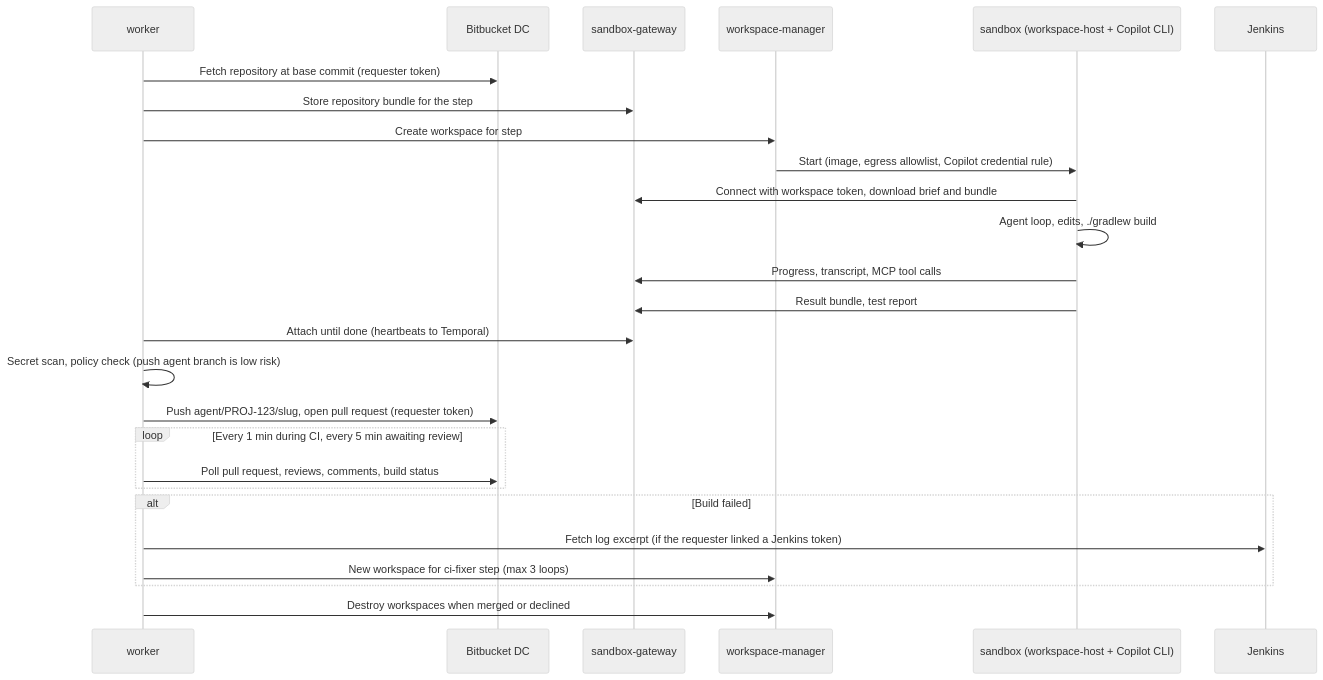
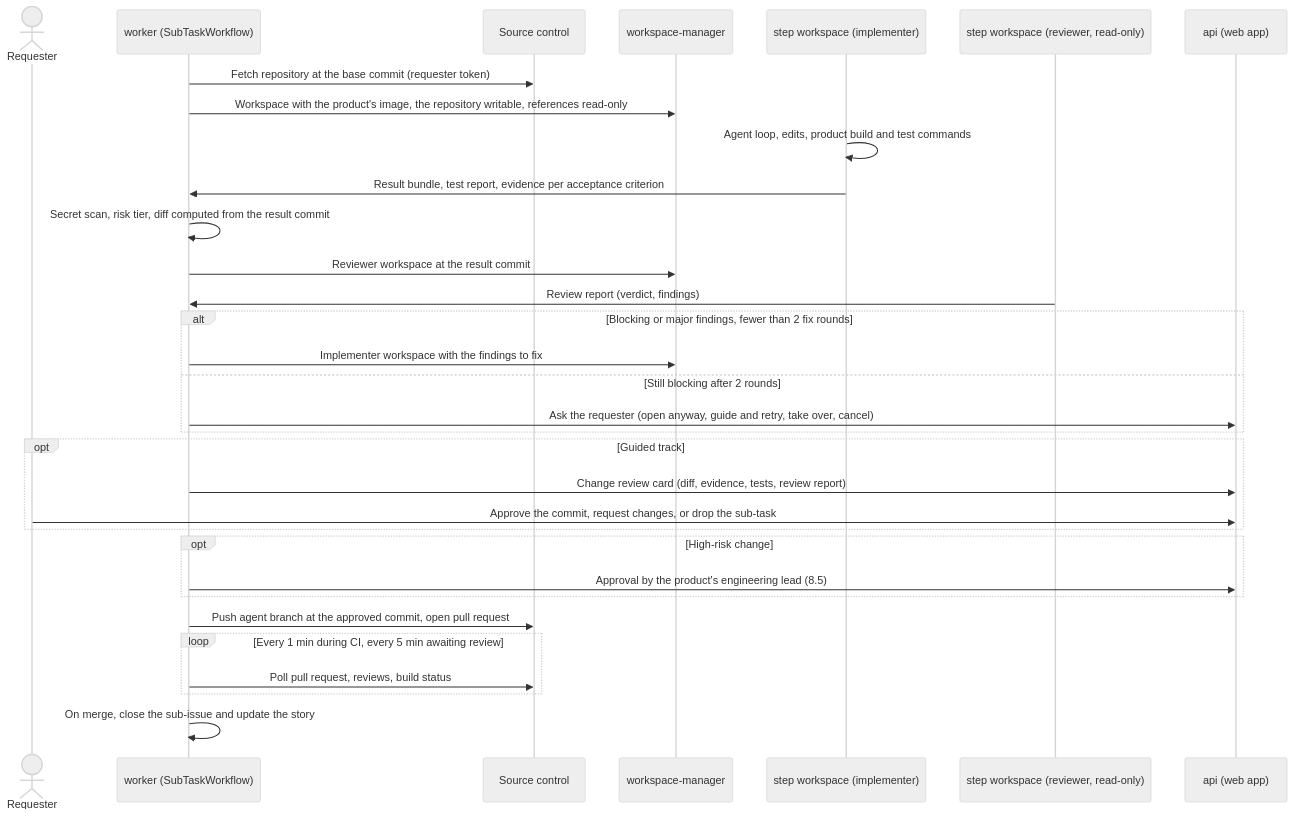
Before and after one commit to luigi-lt/orchestrator: the fifth of 9 diagrams in docs/architecture.md, drawn with Mermaid (neutral theme). The commit also changed other lines of this file and 2 other files, not shown here.

First line of the commit message:
Architecture v2.0: design for iteration 2

````diff
--- a/docs/architecture.md
+++ b/docs/architecture.md
@@ -412,28 +556,34 @@
 ```mermaid
 sequenceDiagram
-  participant W as worker
-  participant BB as Bitbucket DC
-  participant G as sandbox-gateway
+  actor Dev as Requester
+  participant W as worker (SubTaskWorkflow)
+  participant SC as Source control
   participant M as workspace-manager
-  participant S as sandbox (workspace-host + Copilot CLI)
-  participant J as Jenkins
-  W->>BB: Fetch repository at base commit (requester token)
-  W->>G: Store repository bundle for the step
-  W->>M: Create workspace for step
-  M->>S: Start (image, egress allowlist, Copilot credential rule)
-  S->>G: Connect with workspace token, download brief and bundle
-  S->>S: Agent loop, edits, ./gradlew build
-  S->>G: Progress, transcript, MCP tool calls
-  S->>G: Result bundle, test report
-  W->>G: Attach until done (heartbeats to Temporal)
-  W->>W: Secret scan, policy check (push agent branch is low risk)
-  W->>BB: Push agent/PROJ-123/slug, open pull request (requester token)
+  participant I as step workspace (implementer)
+  participant R as step workspace (reviewer, read-only)
+  participant API as api (web app)
+  W->>SC: Fetch repository at the base commit (requester token)
+  W->>M: Workspace with the product's image, the repository writable, references read-only
+  I->>I: Agent loop, edits, product build and test commands
+  I->>W: Result bundle, test report, evidence per acceptance criterion
+  W->>W: Secret scan, risk tier, diff computed from the result commit
+  W->>M: Reviewer workspace at the result commit
+  R->>W: Review report (verdict, findings)
+  alt Blocking or major findings, fewer than 2 fix rounds
+    W->>M: Implementer workspace with the findings to fix
+  else Still blocking after 2 rounds
+    W->>API: Ask the requester (open anyway, guide and retry, take over, cancel)
+  end
+  opt Guided track
+    W->>API: Change review card (diff, evidence, tests, review report)
+    Dev->>API: Approve the commit, request changes, or drop the sub-task
+  end
+  opt High-risk change
+    W->>API: Approval by the product's engineering lead (8.5)
+  end
+  W->>SC: Push agent branch at the approved commit, open pull request
   loop Every 1 min during CI, every 5 min awaiting review
-    W->>BB: Poll pull request, reviews, comments, build status
+    W->>SC: Poll pull request, reviews, build status
   end
-  alt Build failed
-    W->>J: Fetch log excerpt (if the requester linked a Jenkins token)
-    W->>M: New workspace for ci-fixer step (max 3 loops)
-  end
-  W->>M: Destroy workspaces when merged or declined
+  W->>W: On merge, close the sub-issue and update the story
 ```
````
